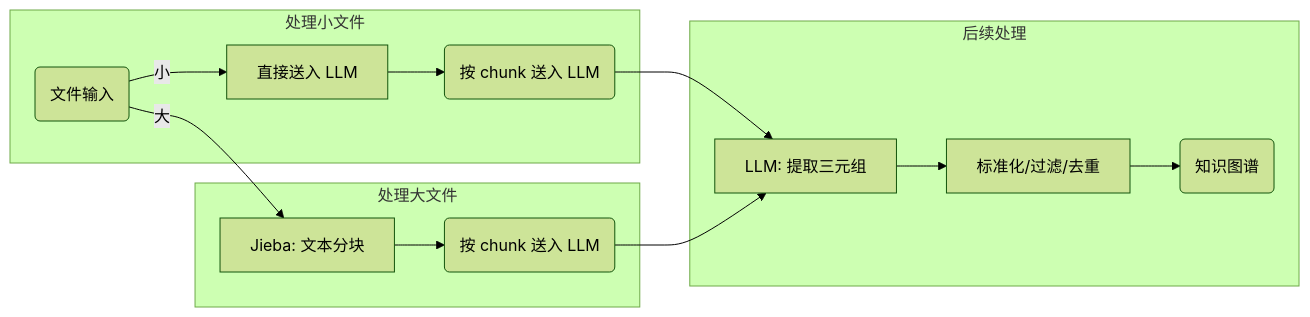
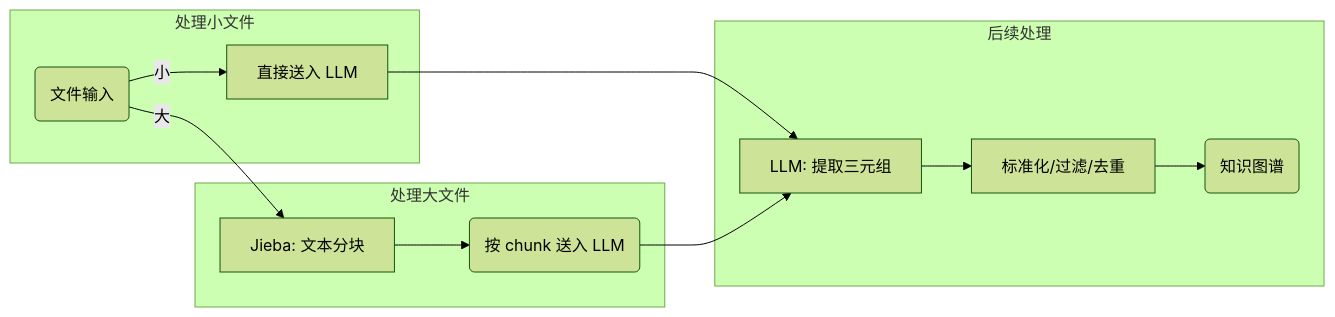
The fifth of 6 diagrams in docs/final/slides.md (OSH-2025/iosys), drawn with Mermaid (forest theme) before and after one commit. The commit also changed other lines of this file and 5 other files, not shown here.

````diff
--- a/docs/final/slides.md
+++ b/docs/final/slides.md
@@ -444,18 +447,17 @@
 ```mermaid {scale:0.54,class:'ml--2'}
 graph LR
     subgraph "处理小文件"
-        A(文件输入) -- 小 --> F[直接送入 LLM];
-        F --> H_small(按 chunk 送入 LLM);
+        A(文件输入) -- 小 --> H_small[直接送入 LLM];
     end
 
     subgraph "处理大文件"
         A -- 大 --> G[Jieba: 文本分块];
         G --> H_large(按 chunk 送入 LLM);
     end
     
     subgraph "后续处理"
         H_small & H_large --> J[LLM: 提取三元组];
         J --> L[标准化/过滤/去重];
         L --> M(知识图谱);
     end
 ```
````
